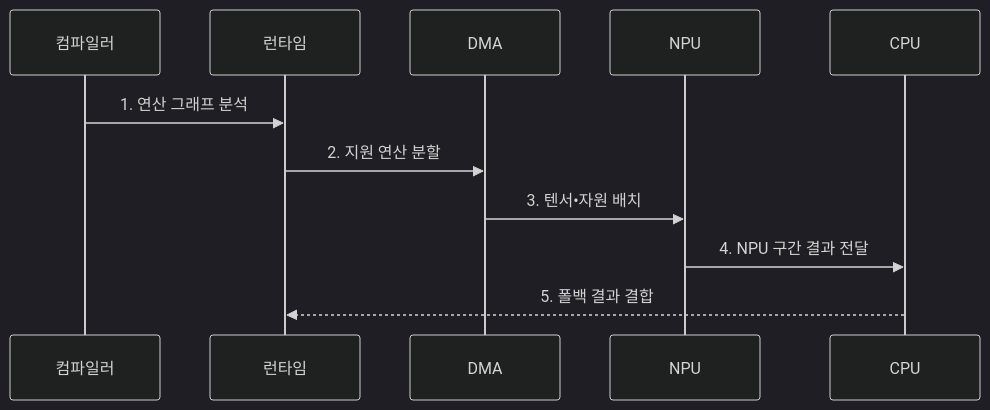
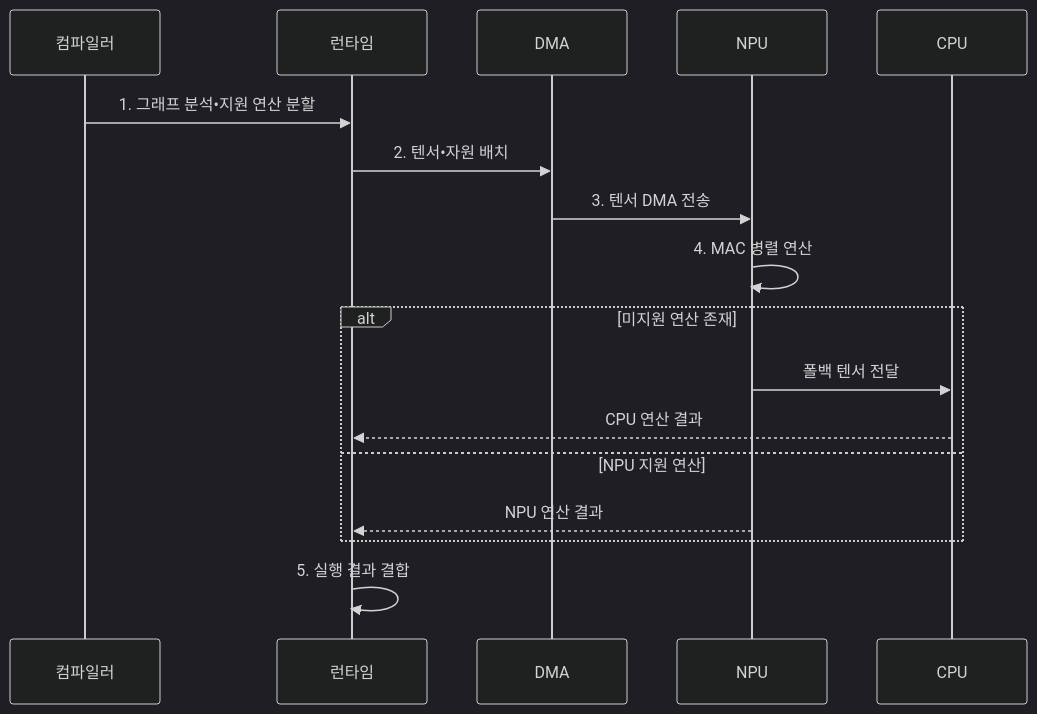
The second of 2 diagrams in src/content/docs/notes/08-latest-tech/052_neural_processing_unit.md (agnusdei1207/knowledge-base), drawn with Mermaid (dark theme) before and after one commit. The commit also changed other lines of this file and 15 other files, not shown here.

````diff
--- a/src/content/docs/notes/08-latest-tech/052_neural_processing_unit.md
+++ b/src/content/docs/notes/08-latest-tech/052_neural_processing_unit.md
@@ -113,13 +113,19 @@
 ```mermaid
 sequenceDiagram
     participant C as 컴파일러
     participant R as 런타임
     participant D as DMA
     participant N as NPU
     participant P as CPU
-    C->>R: 1. 연산 그래프 분석
-    R->>D: 2. 지원 연산 분할
-    D->>N: 3. 텐서•자원 배치
-    N->>P: 4. NPU 구간 결과 전달
-    P-->>R: 5. 폴백 결과 결합
+    C->>R: 1. 그래프 분석•지원 연산 분할
+    R->>D: 2. 텐서•자원 배치
+    D->>N: 3. 텐서 DMA 전송
+    N->>N: 4. MAC 병렬 연산
+    alt 미지원 연산 존재
+        N->>P: 폴백 텐서 전달
+        P-->>R: CPU 연산 결과
+    else NPU 지원 연산
+        N-->>R: NPU 연산 결과
+    end
+    R->>R: 5. 실행 결과 결합
 ```
````
